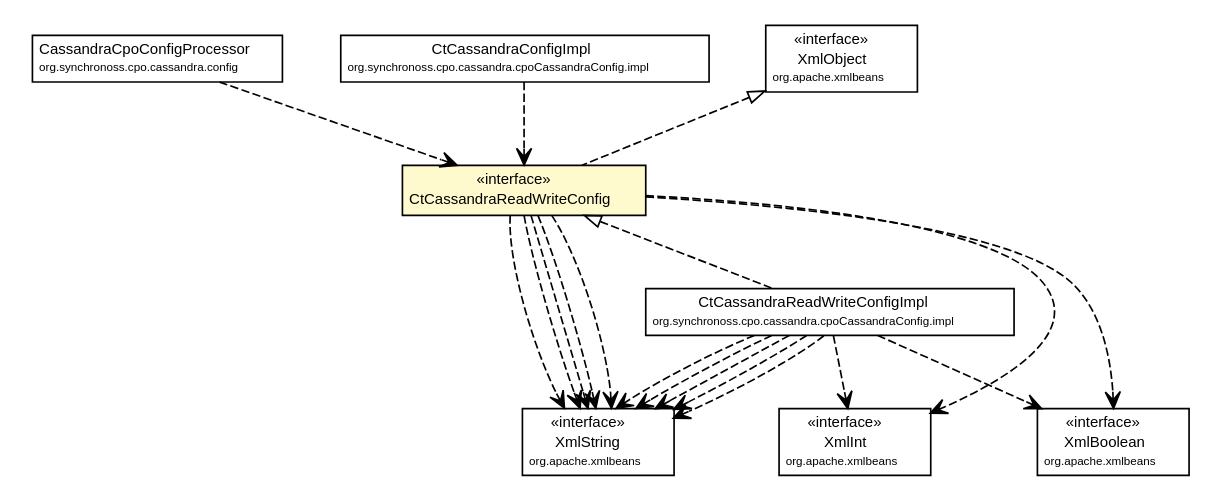
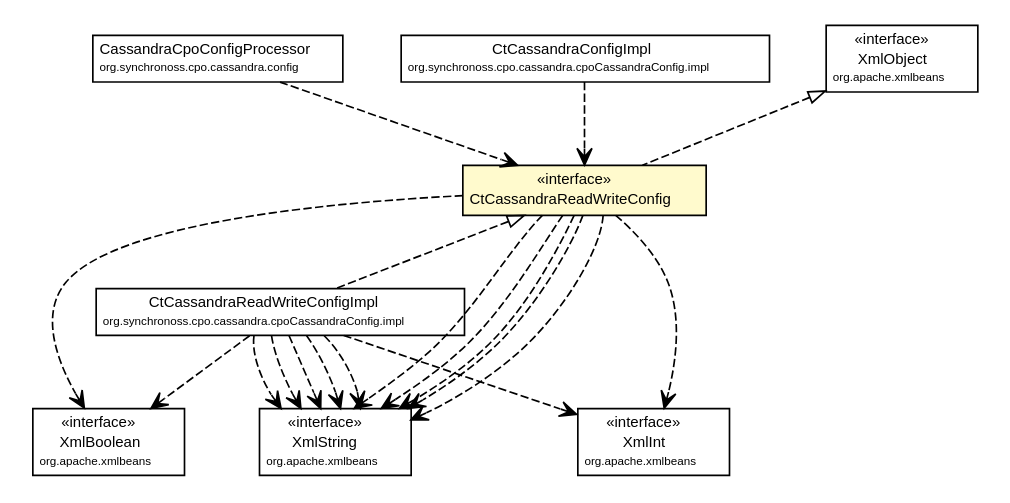
One commit to synchronoss/cpo-api changed the diagram in site/apidocs/org/synchronoss/cpo/cassandra/cpoCassandraConfig/CtCassandraReadWriteConfig.dot. Above: the diagram before and after it, drawn with Graphviz. The commit also changed 886 other files, not shown here.

```diff
--- a/site/apidocs/org/synchronoss/cpo/cassandra/cpoCassandraConfig/CtCassandraReadWriteConfig.dot
+++ b/site/apidocs/org/synchronoss/cpo/cassandra/cpoCassandraConfig/CtCassandraReadWriteConfig.dot
@@ -1,106 +1,106 @@
 #!/usr/local/bin/dot
 #
 # Class diagram 
 # Generated by UmlGraph version 4.6 (http://www.spinellis.gr/sw/umlgraph)
 #
 
 digraph G {
 	edge [fontname="Helvetica",fontsize=10,labelfontname="Helvetica",labelfontsize=10];
 	node [fontname="Helvetica",fontsize=10,shape=plaintext];
 	// org.synchronoss.cpo.cassandra.config.CassandraCpoConfigProcessor
 	c51211 [label=<<table border="0" cellborder="1" cellspacing="0" cellpadding="2" port="p" href="../config/CassandraCpoConfigProcessor.html">
 		<tr><td><table border="0" cellspacing="0" cellpadding="1">
 			<tr><td> CassandraCpoConfigProcessor </td></tr>
 			<tr><td><font point-size="7.0"> org.synchronoss.cpo.cassandra.config </font></td></tr>
 		</table></td></tr>
 		</table>>, fontname="Helvetica", fontcolor="black", fontsize=9.0];
 	// org.synchronoss.cpo.cassandra.cpoCassandraConfig.CtCassandraReadWriteConfig
 	c51230 [label=<<table border="0" cellborder="1" cellspacing="0" cellpadding="2" port="p" bgcolor="lemonChiffon" href="./CtCassandraReadWriteConfig.html">
 		<tr><td><table border="0" cellspacing="0" cellpadding="1">
 			<tr><td> &laquo;interface&raquo; </td></tr>
 			<tr><td> CtCassandraReadWriteConfig </td></tr>
 		</table></td></tr>
 		</table>>, fontname="Helvetica", fontcolor="black", fontsize=9.0];
 	// org.synchronoss.cpo.cassandra.cpoCassandraConfig.impl.CtCassandraReadWriteConfigImpl
 	c51237 [label=<<table border="0" cellborder="1" cellspacing="0" cellpadding="2" port="p" href="./impl/CtCassandraReadWriteConfigImpl.html">
 		<tr><td><table border="0" cellspacing="0" cellpadding="1">
 			<tr><td> CtCassandraReadWriteConfigImpl </td></tr>
 			<tr><td><font point-size="7.0"> org.synchronoss.cpo.cassandra.cpoCassandraConfig.impl </font></td></tr>
 		</table></td></tr>
 		</table>>, fontname="Helvetica", fontcolor="black", fontsize=9.0];
 	// org.synchronoss.cpo.cassandra.cpoCassandraConfig.impl.CtCassandraConfigImpl
 	c51238 [label=<<table border="0" cellborder="1" cellspacing="0" cellpadding="2" port="p" href="./impl/CtCassandraConfigImpl.html">
 		<tr><td><table border="0" cellspacing="0" cellpadding="1">
 			<tr><td> CtCassandraConfigImpl </td></tr>
 			<tr><td><font point-size="7.0"> org.synchronoss.cpo.cassandra.cpoCassandraConfig.impl </font></td></tr>
 		</table></td></tr>
 		</table>>, fontname="Helvetica", fontcolor="black", fontsize=9.0];
 	//org.synchronoss.cpo.cassandra.cpoCassandraConfig.CtCassandraReadWriteConfig implements org.apache.xmlbeans.XmlObject
 	c51244:p -> c51230:p [dir=back,arrowtail=empty,style=dashed];
 	//org.synchronoss.cpo.cassandra.cpoCassandraConfig.impl.CtCassandraReadWriteConfigImpl implements org.synchronoss.cpo.cassandra.cpoCassandraConfig.CtCassandraReadWriteConfig
 	c51230:p -> c51237:p [dir=back,arrowtail=empty,style=dashed];
 	// org.synchronoss.cpo.cassandra.config.CassandraCpoConfigProcessor DEPEND org.synchronoss.cpo.cassandra.cpoCassandraConfig.CtCassandraReadWriteConfig
 	c51211:p -> c51230:p [taillabel="", label="", headlabel="", fontname="Helvetica", fontcolor="black", fontsize=10.0, color="black", arrowhead=open, style=dashed];
-	// org.synchronoss.cpo.cassandra.cpoCassandraConfig.CtCassandraReadWriteConfig DEPEND org.apache.xmlbeans.XmlString
+	// org.synchronoss.cpo.cassandra.cpoCassandraConfig.CtCassandraReadWriteConfig DEPEND org.apache.xmlbeans.XmlBoolean
 	c51230:p -> c51245:p [taillabel="", label="", headlabel="", fontname="Helvetica", fontcolor="black", fontsize=10.0, color="black", arrowhead=open, style=dashed];
 	// org.synchronoss.cpo.cassandra.cpoCassandraConfig.CtCassandraReadWriteConfig DEPEND org.apache.xmlbeans.XmlString
-	c51230:p -> c51245:p [taillabel="", label="", headlabel="", fontname="Helvetica", fontcolor="black", fontsize=10.0, color="black", arrowhead=open, style=dashed];
+	c51230:p -> c51246:p [taillabel="", label="", headlabel="", fontname="Helvetica", fontcolor="black", fontsize=10.0, color="black", arrowhead=open, style=dashed];
 	// org.synchronoss.cpo.cassandra.cpoCassandraConfig.CtCassandraReadWriteConfig DEPEND org.apache.xmlbeans.XmlString
-	c51230:p -> c51245:p [taillabel="", label="", headlabel="", fontname="Helvetica", fontcolor="black", fontsize=10.0, color="black", arrowhead=open, style=dashed];
+	c51230:p -> c51246:p [taillabel="", label="", headlabel="", fontname="Helvetica", fontcolor="black", fontsize=10.0, color="black", arrowhead=open, style=dashed];
 	// org.synchronoss.cpo.cassandra.cpoCassandraConfig.CtCassandraReadWriteConfig DEPEND org.apache.xmlbeans.XmlString
-	c51230:p -> c51245:p [taillabel="", label="", headlabel="", fontname="Helvetica", fontcolor="black", fontsize=10.0, color="black", arrowhead=open, style=dashed];
+	c51230:p -> c51246:p [taillabel="", label="", headlabel="", fontname="Helvetica", fontcolor="black", fontsize=10.0, color="black", arrowhead=open, style=dashed];
+	// org.synchronoss.cpo.cassandra.cpoCassandraConfig.CtCassandraReadWriteConfig DEPEND org.apache.xmlbeans.XmlString
+	c51230:p -> c51246:p [taillabel="", label="", headlabel="", fontname="Helvetica", fontcolor="black", fontsize=10.0, color="black", arrowhead=open, style=dashed];
 	// org.synchronoss.cpo.cassandra.cpoCassandraConfig.CtCassandraReadWriteConfig DEPEND org.apache.xmlbeans.XmlInt
-	c51230:p -> c51246:p [taillabel="", label="", headlabel="", fontname="Helvetica", fontcolor="black", fontsize=10.0, color="black", arrowhead=open, style=dashed];
-	// org.synchronoss.cpo.cassandra.cpoCassandraConfig.CtCassandraReadWriteConfig DEPEND org.apache.xmlbeans.XmlBoolean
 	c51230:p -> c51247:p [taillabel="", label="", headlabel="", fontname="Helvetica", fontcolor="black", fontsize=10.0, color="black", arrowhead=open, style=dashed];
 	// org.synchronoss.cpo.cassandra.cpoCassandraConfig.CtCassandraReadWriteConfig DEPEND org.apache.xmlbeans.XmlString
-	c51230:p -> c51245:p [taillabel="", label="", headlabel="", fontname="Helvetica", fontcolor="black", fontsize=10.0, color="black", arrowhead=open, style=dashed];
-	// org.synchronoss.cpo.cassandra.cpoCassandraConfig.impl.CtCassandraReadWriteConfigImpl DEPEND org.apache.xmlbeans.XmlString
+	c51230:p -> c51246:p [taillabel="", label="", headlabel="", fontname="Helvetica", fontcolor="black", fontsize=10.0, color="black", arrowhead=open, style=dashed];
+	// org.synchronoss.cpo.cassandra.cpoCassandraConfig.impl.CtCassandraReadWriteConfigImpl DEPEND org.apache.xmlbeans.XmlBoolean
 	c51237:p -> c51245:p [taillabel="", label="", headlabel="", fontname="Helvetica", fontcolor="black", fontsize=10.0, color="black", arrowhead=open, style=dashed];
 	// org.synchronoss.cpo.cassandra.cpoCassandraConfig.impl.CtCassandraReadWriteConfigImpl DEPEND org.apache.xmlbeans.XmlString
-	c51237:p -> c51245:p [taillabel="", label="", headlabel="", fontname="Helvetica", fontcolor="black", fontsize=10.0, color="black", arrowhead=open, style=dashed];
+	c51237:p -> c51246:p [taillabel="", label="", headlabel="", fontname="Helvetica", fontcolor="black", fontsize=10.0, color="black", arrowhead=open, style=dashed];
 	// org.synchronoss.cpo.cassandra.cpoCassandraConfig.impl.CtCassandraReadWriteConfigImpl DEPEND org.apache.xmlbeans.XmlString
-	c51237:p -> c51245:p [taillabel="", label="", headlabel="", fontname="Helvetica", fontcolor="black", fontsize=10.0, color="black", arrowhead=open, style=dashed];
+	c51237:p -> c51246:p [taillabel="", label="", headlabel="", fontname="Helvetica", fontcolor="black", fontsize=10.0, color="black", arrowhead=open, style=dashed];
 	// org.synchronoss.cpo.cassandra.cpoCassandraConfig.impl.CtCassandraReadWriteConfigImpl DEPEND org.apache.xmlbeans.XmlString
-	c51237:p -> c51245:p [taillabel="", label="", headlabel="", fontname="Helvetica", fontcolor="black", fontsize=10.0, color="black", arrowhead=open, style=dashed];
+	c51237:p -> c51246:p [taillabel="", label="", headlabel="", fontname="Helvetica", fontcolor="black", fontsize=10.0, color="black", arrowhead=open, style=dashed];
 	// org.synchronoss.cpo.cassandra.cpoCassandraConfig.impl.CtCassandraReadWriteConfigImpl DEPEND org.apache.xmlbeans.XmlString
-	c51237:p -> c51245:p [taillabel="", label="", headlabel="", fontname="Helvetica", fontcolor="black", fontsize=10.0, color="black", arrowhead=open, style=dashed];
+	c51237:p -> c51246:p [taillabel="", label="", headlabel="", fontname="Helvetica", fontcolor="black", fontsize=10.0, color="black", arrowhead=open, style=dashed];
 	// org.synchronoss.cpo.cassandra.cpoCassandraConfig.impl.CtCassandraReadWriteConfigImpl DEPEND org.apache.xmlbeans.XmlInt
+	c51237:p -> c51247:p [taillabel="", label="", headlabel="", fontname="Helvetica", fontcolor="black", fontsize=10.0, color="black", arrowhead=open, style=dashed];
+	// org.synchronoss.cpo.cassandra.cpoCassandraConfig.impl.CtCassandraReadWriteConfigImpl DEPEND org.apache.xmlbeans.XmlString
 	c51237:p -> c51246:p [taillabel="", label="", headlabel="", fontname="Helvetica", fontcolor="black", fontsize=10.0, color="black", arrowhead=open, style=dashed];
-	// org.synchronoss.cpo.cassandra.cpoCassandraConfig.impl.CtCassandraReadWriteConfigImpl DEPEND org.apache.xmlbeans.XmlBoolean
-	c51237:p -> c51247:p [taillabel="", label="", headlabel="", fontname="Helvetica", fontcolor="black", fontsize=10.0, color="black", arrowhead=open, style=dashed];
 	// org.synchronoss.cpo.cassandra.cpoCassandraConfig.impl.CtCassandraConfigImpl DEPEND org.synchronoss.cpo.cassandra.cpoCassandraConfig.CtCassandraReadWriteConfig
 	c51238:p -> c51230:p [taillabel="", label="", headlabel="", fontname="Helvetica", fontcolor="black", fontsize=10.0, color="black", arrowhead=open, style=dashed];
 	// org.apache.xmlbeans.XmlObject
 	c51244 [label=<<table border="0" cellborder="1" cellspacing="0" cellpadding="2" port="p" href="http://java.sun.com/j2se/1.4.2/docs/api/org/apache/xmlbeans/XmlObject.html">
 		<tr><td><table border="0" cellspacing="0" cellpadding="1">
 			<tr><td> &laquo;interface&raquo; </td></tr>
 			<tr><td> XmlObject </td></tr>
 			<tr><td><font point-size="7.0"> org.apache.xmlbeans </font></td></tr>
 		</table></td></tr>
 		</table>>, fontname="Helvetica", fontcolor="black", fontsize=9.0];
 	// org.apache.xmlbeans.XmlInt
-	c51246 [label=<<table border="0" cellborder="1" cellspacing="0" cellpadding="2" port="p" href="http://java.sun.com/j2se/1.4.2/docs/api/org/apache/xmlbeans/XmlInt.html">
+	c51247 [label=<<table border="0" cellborder="1" cellspacing="0" cellpadding="2" port="p" href="http://java.sun.com/j2se/1.4.2/docs/api/org/apache/xmlbeans/XmlInt.html">
 		<tr><td><table border="0" cellspacing="0" cellpadding="1">
 			<tr><td> &laquo;interface&raquo; </td></tr>
 			<tr><td> XmlInt </td></tr>
 			<tr><td><font point-size="7.0"> org.apache.xmlbeans </font></td></tr>
 		</table></td></tr>
 		</table>>, fontname="Helvetica", fontcolor="black", fontsize=9.0];
 	// org.apache.xmlbeans.XmlString
-	c51245 [label=<<table border="0" cellborder="1" cellspacing="0" cellpadding="2" port="p" href="http://java.sun.com/j2se/1.4.2/docs/api/org/apache/xmlbeans/XmlString.html">
+	c51246 [label=<<table border="0" cellborder="1" cellspacing="0" cellpadding="2" port="p" href="http://java.sun.com/j2se/1.4.2/docs/api/org/apache/xmlbeans/XmlString.html">
 		<tr><td><table border="0" cellspacing="0" cellpadding="1">
 			<tr><td> &laquo;interface&raquo; </td></tr>
 			<tr><td> XmlString </td></tr>
 			<tr><td><font point-size="7.0"> org.apache.xmlbeans </font></td></tr>
 		</table></td></tr>
 		</table>>, fontname="Helvetica", fontcolor="black", fontsize=9.0];
 	// org.apache.xmlbeans.XmlBoolean
-	c51247 [label=<<table border="0" cellborder="1" cellspacing="0" cellpadding="2" port="p" href="http://java.sun.com/j2se/1.4.2/docs/api/org/apache/xmlbeans/XmlBoolean.html">
+	c51245 [label=<<table border="0" cellborder="1" cellspacing="0" cellpadding="2" port="p" href="http://java.sun.com/j2se/1.4.2/docs/api/org/apache/xmlbeans/XmlBoolean.html">
 		<tr><td><table border="0" cellspacing="0" cellpadding="1">
 			<tr><td> &laquo;interface&raquo; </td></tr>
 			<tr><td> XmlBoolean </td></tr>
 			<tr><td><font point-size="7.0"> org.apache.xmlbeans </font></td></tr>
 		</table></td></tr>
 		</table>>, fontname="Helvetica", fontcolor="black", fontsize=9.0];
 }
```
